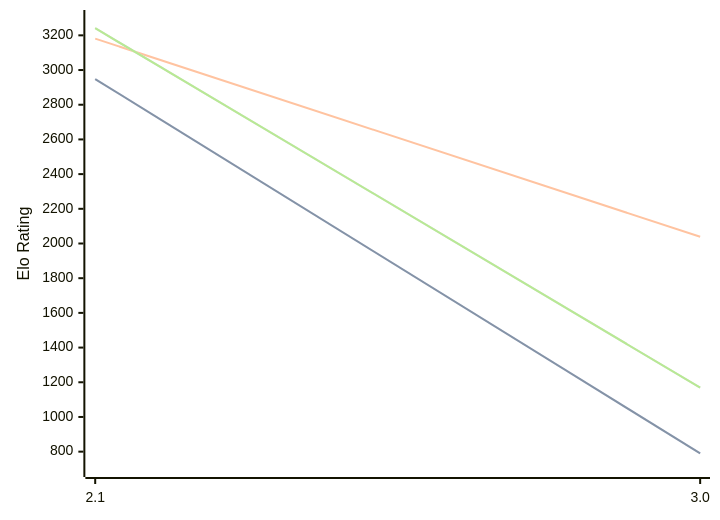
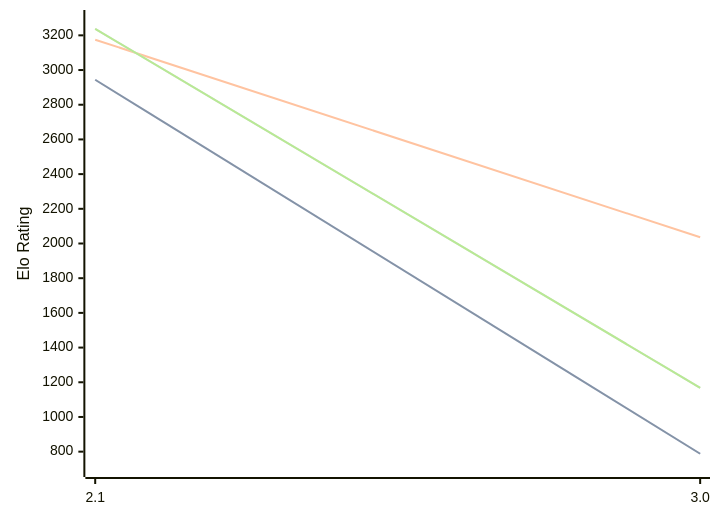
Before and after one commit to computer-chess-index/cci: the third of 3 diagrams in engines/Quirky.md, drawn with Mermaid. The commit also changed other lines of this file, not shown here.

Commit message:
Update CCI Ratings (ELO VLTC) - 2026-07-16

````diff
--- a/engines/Quirky.md
+++ b/engines/Quirky.md
@@ -67,11 +67,11 @@
 ```mermaid
 %%{init: {"theme":"base","themeVariables":{"seriesColors:['#a3a3a3','#222221','#faa371']}}}%%
 xychart-beta
   x-axis ["2.1", "3.0"]
   y-axis "Elo Rating" 700 --> 3300
-  line "STC (8.0+0.08s)" [2948, 790]
-  line "STC (8.0+0.08s)" [2948, 790]
-  line "LTC (60.0+0.60s)" [3181, 2039]
-  line "VLTC (2m24s+1.12s)" [3241, 1169]
-  line "VLTC (2m24s+1.12s)" [3241, 1169]
+  line "STC (8.0+0.08s)" [2944, 788]
+  line "STC (8.0+0.08s)" [2944, 788]
+  line "LTC (60.0+0.60s)" [3175, 2036]
+  line "VLTC (2m24s+1.12s)" [3237, 1168]
+  line "VLTC (2m24s+1.12s)" [3237, 1168]
 ```
````
